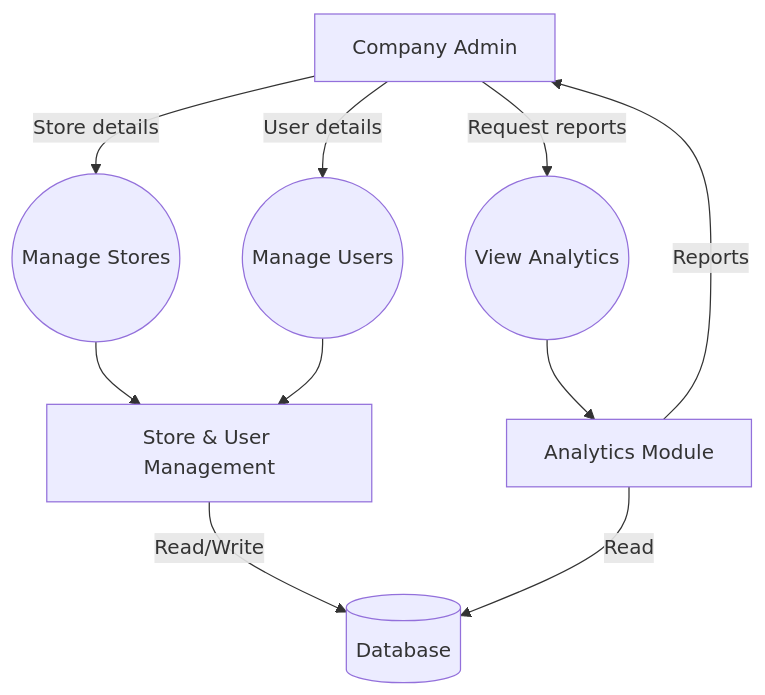
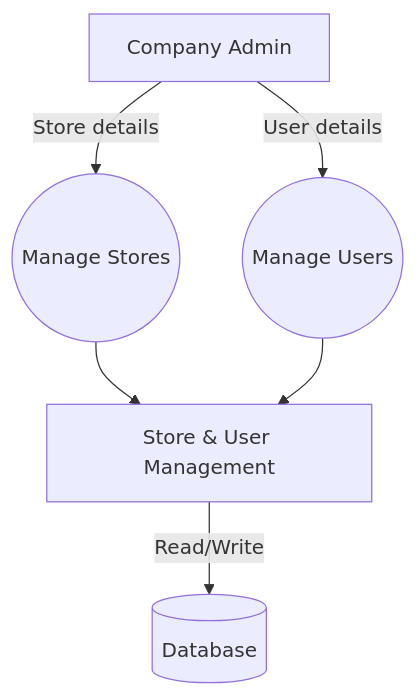
Before and after one commit to rohitagarwal-gkmit/retailpulse-docs: the first of 5 diagrams in docs/technical/data_flow.md, drawn with Mermaid. The commit also changed other lines of this file and 6 other files, not shown here.

````diff
--- a/docs/technical/data_flow.md
+++ b/docs/technical/data_flow.md
@@ -11,14 +11,9 @@
 ```mermaid
 flowchart TD
     Admin[Company Admin] -->|Store details| P1((Manage Stores))
     P1 --> Mgmt[Store & User Management]
     Mgmt -->|Read/Write| DB[(Database)]
     
     Admin -->|User details| P2((Manage Users))
     P2 --> Mgmt
-    
-    Admin -->|Request reports| P3((View Analytics))
-    P3 --> Anal[Analytics Module]
-    Anal -->|Read| DB
-    Anal -->|Reports| Admin
 ```
````
